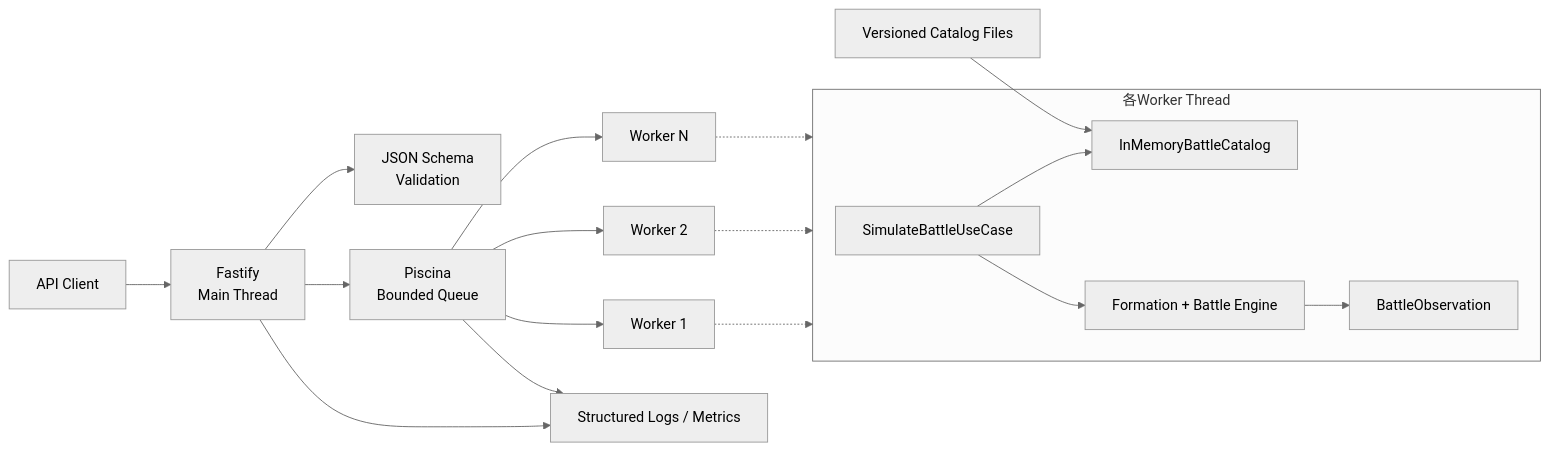
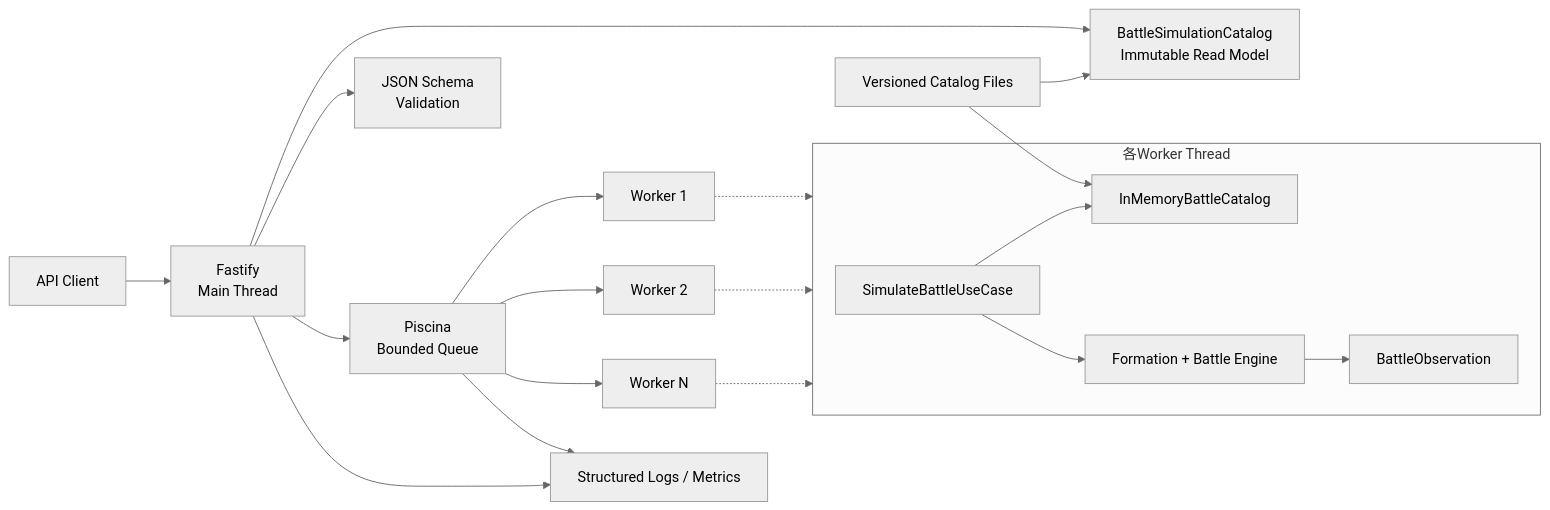
The first of 3 diagrams in docs/ddd/11_インフラストラクチャ設計.md (komei0727/muvluvgg_battle_simulator), drawn with Mermaid (neutral theme) before and after one commit. The commit also changed other lines of this file and 15 other files, not shown here.

````diff
--- a/docs/ddd/11_インフラストラクチャ設計.md
+++ b/docs/ddd/11_インフラストラクチャ設計.md
@@ -101,27 +102,29 @@
 ```mermaid
 flowchart LR
     Client["API Client"] --> HTTP["Fastify<br>Main Thread"]
+    HTTP --> CatalogRead["BattleSimulationCatalog<br>Immutable Read Model"]
     HTTP --> Schema["JSON Schema<br>Validation"]
     HTTP --> Pool["Piscina<br>Bounded Queue"]
     Pool --> W1["Worker 1"]
     Pool --> W2["Worker 2"]
     Pool --> WN["Worker N"]
 
     subgraph Worker["各Worker Thread"]
         UC["SimulateBattleUseCase"]
         Catalog["InMemoryBattleCatalog"]
         Domain["Formation + Battle Engine"]
         Obs["BattleObservation"]
         UC --> Catalog
         UC --> Domain
         Domain --> Obs
     end
 
     W1 -.-> Worker
     W2 -.-> Worker
     WN -.-> Worker
 
     Files["Versioned Catalog Files"] --> Catalog
+    Files --> CatalogRead
     HTTP --> Logs["Structured Logs / Metrics"]
     Pool --> Logs
 ```
````
